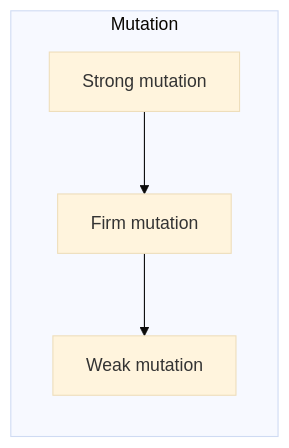
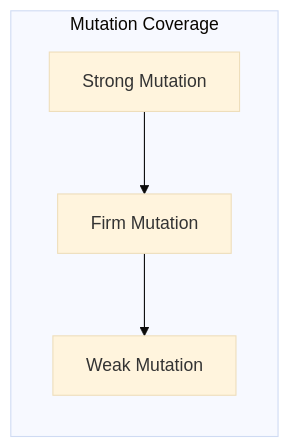
The second of 5 diagrams in content/verif/coverage/code.md (msdbok/msdbok.github.io), drawn with Mermaid (base theme) before and after one commit. The commit also changed other lines of this file and 1 other file, not shown here.

````diff
--- a/content/verif/coverage/code.md
+++ b/content/verif/coverage/code.md
@@ -67,12 +65,11 @@
 ```mermaid
 flowchart TD
 
-%% Mutation testing region
-  subgraph MUT["Mutation"]
+  subgraph MUT["Mutation Coverage"]
     direction TB
-    Strong["Strong mutation"]
-    Firm["Firm mutation"]
-    Weak["Weak mutation"]
+    Strong["Strong Mutation"]
+    Firm["Firm Mutation"]
+    Weak["Weak Mutation"]
     Strong --> Firm --> Weak
   end
 ```
````
